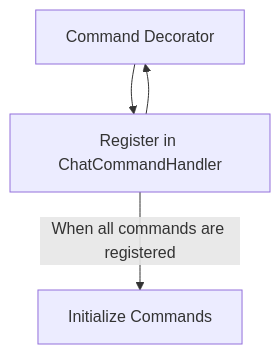
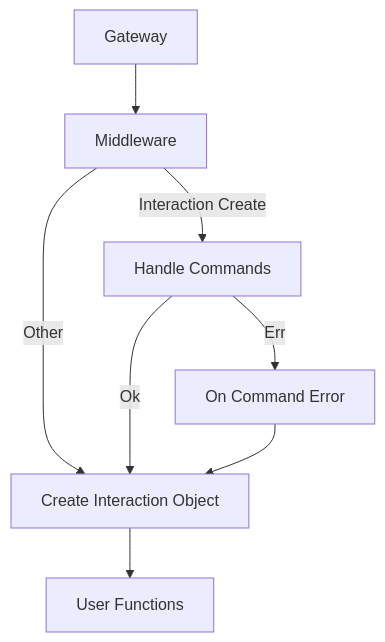
Before and after one commit to Pincer-org/Pincer: the diagram in docs/mermaid/gateway.mmd, drawn with Mermaid. The commit also changed 4 other files, not shown here.

```diff
--- a/docs/mermaid/gateway.mmd
+++ b/docs/mermaid/gateway.mmd
@@ -1,5 +1,12 @@
 flowchart TD
 
-A[Command Decorator] --> B[Register in ChatCommandHandler]
-B --> A
-B -->|When all commands are registered| C[Initialize Commands]
+A[Gateway] --> B[Middleware]
+
+B -->|Interaction Create| C[Handle Commands]
+B -->|Other| E
+
+C --> |Err| D[On Command Error]
+C --> |Ok| E
+D --> E
+
+E[Create Interaction Object] --> F[User Functions]
```
